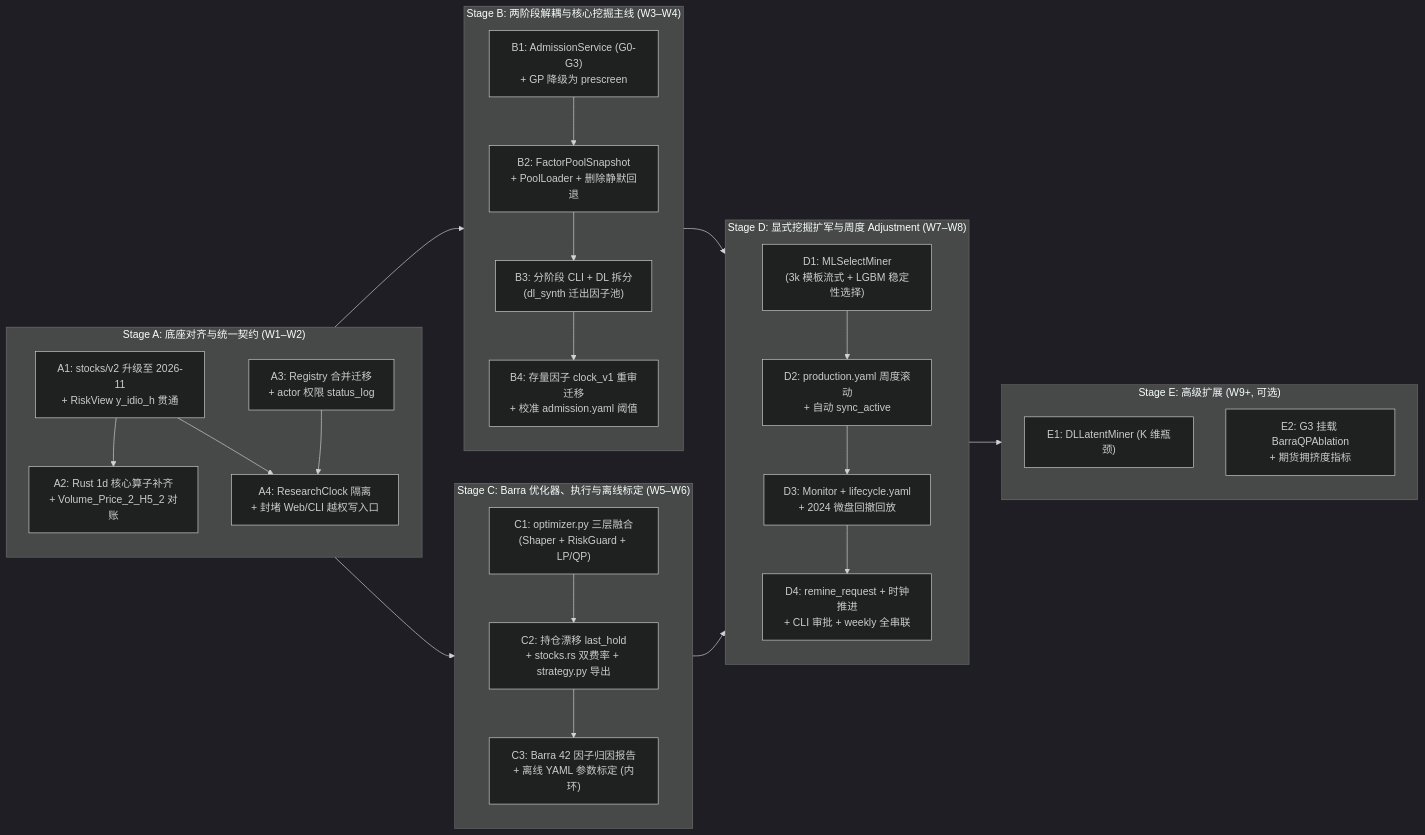
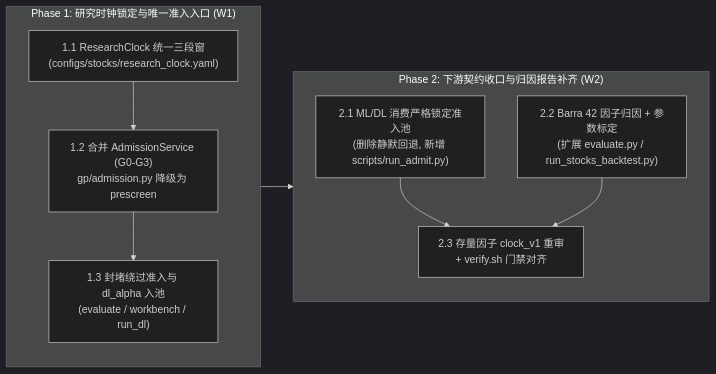
The diagram in docs/superpowers/plans/2026-11-20-unified-roadmap.md (cr9294sc/FactorLibrary), drawn with Mermaid (dark theme) before and after one commit. The commit also changed other lines of this file and 13 other files, not shown here.

````diff
--- a/docs/superpowers/plans/2026-11-20-unified-roadmap.md
+++ b/docs/superpowers/plans/2026-11-20-unified-roadmap.md
@@ -37,46 +36,19 @@
 ```mermaid
 flowchart LR
-    subgraph A["Stage A: 底座对齐与统一契约 (W1–W2)"]
-        A1["A1: stocks/v2 升级至 2026-11<br/>+ RiskView y_idio_h 贯通"]
-        A2["A2: Rust 1d 核心算子补齐<br/>+ Volume_Price_2_H5_2 对账"]
-        A3["A3: Registry 合并迁移<br/>+ actor 权限 status_log"]
-        A4["A4: ResearchClock 隔离<br/>+ 封堵 Web/CLI 越权写入口"]
-        A1 --> A2
-        A1 --> A4
-        A3 --> A4
+    subgraph P0["Phase 1: 研究时钟锁定与唯一准入入口 (W1)"]
+        T1["1.1 ResearchClock 统一三段窗<br/>(configs/stocks/research_clock.yaml)"]
+        T2["1.2 合并 AdmissionService (G0-G3)<br/>gp/admission.py 降级为 prescreen"]
+        T3["1.3 封堵绕过准入与 dl_alpha 入池<br/>(evaluate / workbench / run_dl)"]
+        T1 --> T2 --> T3
     end
 
-    subgraph B["Stage B: 两阶段解耦与核心挖掘主线 (W3–W4)"]
-        B1["B1: AdmissionService (G0-G3)<br/>+ GP 降级为 prescreen"]
-        B2["B2: FactorPoolSnapshot<br/>+ PoolLoader + 删除静默回退"]
-        B3["B3: 分阶段 CLI + DL 拆分<br/>(dl_synth 迁出因子池)"]
-        B4["B4: 存量因子 clock_v1 重审迁移<br/>+ 校准 admission.yaml 阈值"]
-        B1 --> B2 --> B3 --> B4
+    subgraph P1["Phase 2: 下游契约收口与归因报告补齐 (W2)"]
+        T4["2.1 ML/DL 消费严格锁定准入池<br/>(删除静默回退, 新增 scripts/run_admit.py)"]
+        T5["2.2 Barra 42 因子归因 + 参数标定<br/>(扩展 evaluate.py / run_stocks_backtest.py)"]
+        T6["2.3 存量因子 clock_v1 重审<br/>+ verify.sh 门禁对齐"]
+        T4 --> T6
+        T5 --> T6
     end
 
-    subgraph C["Stage C: Barra 优化器、执行与离线标定 (W5–W6)"]
-        C1["C1: optimizer.py 三层融合<br/>(Shaper + RiskGuard + LP/QP)"]
-        C2["C2: 持仓漂移 last_hold<br/>+ stocks.rs 双费率 + strategy.py 导出"]
-        C3["C3: Barra 42 因子归因报告<br/>+ 离线 YAML 参数标定 (内环)"]
-        C1 --> C2 --> C3
-    end
-
-    subgraph D["Stage D: 显式挖掘扩军与周度 Adjustment (W7–W8)"]
-        D1["D1: MLSelectMiner<br/>(3k 模板流式 + LGBM 稳定性选择)"]
-        D2["D2: production.yaml 周度滚动<br/>+ 自动 sync_active"]
-        D3["D3: Monitor + lifecycle.yaml<br/>+ 2024 微盘回撤回放"]
-        D4["D4: remine_request + 时钟推进<br/>+ CLI 审批 + weekly 全串联"]
-        D1 --> D2 --> D3 --> D4
-    end
-
-    subgraph E["Stage E: 高级扩展 (W9+, 可选)"]
-        E1["E1: DLLatentMiner (K 维瓶颈)"]
-        E2["E2: G3 挂载 BarraQPAblation<br/>+ 期货拥挤度指标"]
-    end
-
-    A --> B
-    A --> C
-    B --> D
-    C --> D
-    D --> E
+    P0 --> P1
 ```
````
